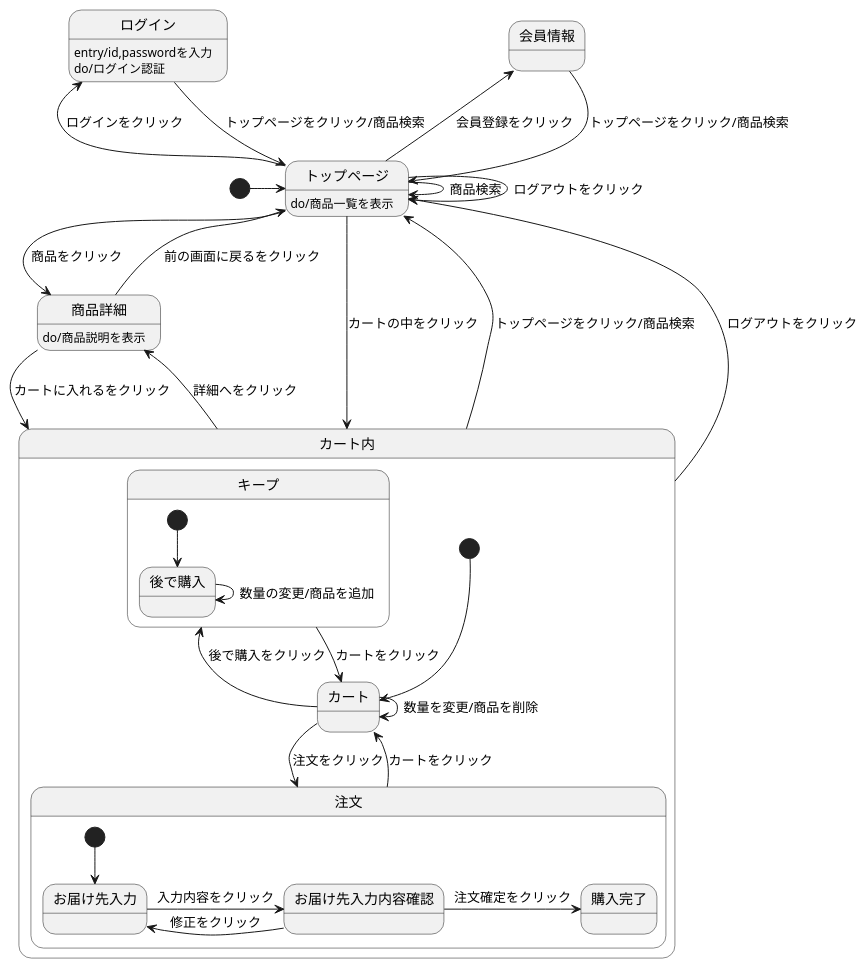
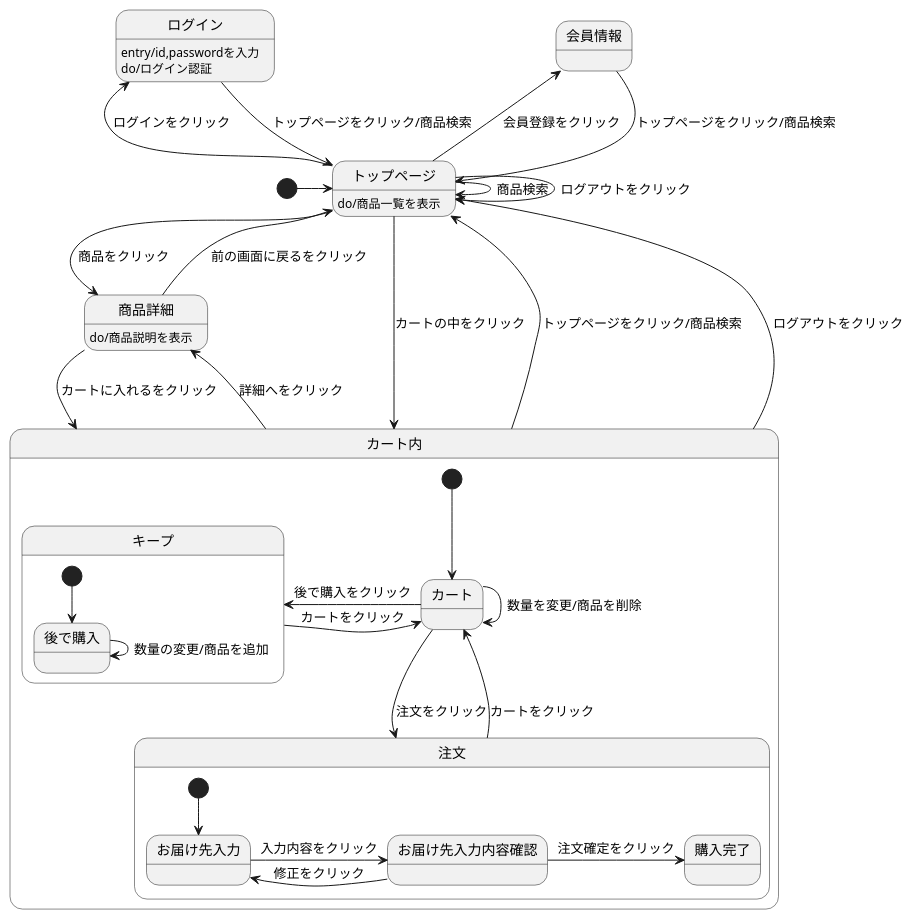
The diagram in origamen.md (Aso2101121/2021sys-design), drawn with PlantUML before and after one commit.

````diff
--- a/origamen.md
+++ b/origamen.md
@@ -1,40 +1,40 @@
 ```uml
 @startuml
 [*] -> トップページ
 会員情報 --> トップページ : トップページをクリック/商品検索
 ログイン --> トップページ : トップページをクリック/商品検索
 ログイン:entry/id,passwordを入力
 ログイン:do/ログイン認証
 トップページ --> トップページ : ログアウトをクリック
 トップページ -> トップページ : 商品検索
 トップページ -> 商品詳細 : 商品をクリック
 トップページ -left->会員情報 : 会員登録をクリック
 トップページ -left-> ログイン : ログインをクリック
 トップページ --> カート内 : カートの中をクリック
 トップページ:do/商品一覧を表示
 商品詳細 --> カート内 : カートに入れるをクリック
 商品詳細 --> トップページ : 前の画面に戻るをクリック
 商品詳細:do/商品説明を表示
 カート内 -up-> トップページ : トップページをクリック/商品検索
 カート内 -up-> トップページ : ログアウトをクリック
 カート内 -> 商品詳細 : 詳細へをクリック
 
 state カート内 {
 [*] --> カート
 カート -> 注文 : 注文をクリック
 カート -left-> キープ : 後で購入をクリック
-キープ --> カート : カートをクリック
+キープ -> カート : カートをクリック
 カート -> カート : 数量を変更/商品を削除
 注文 --> カート : カートをクリック
 state 注文 {
 [*] --> お届け先入力
 お届け先入力 -> お届け先入力内容確認 : 入力内容をクリック
 お届け先入力内容確認 -> お届け先入力 : 修正をクリック
 お届け先入力内容確認 -> 購入完了 : 注文確定をクリック
 }
 state キープ {
 [*] --> 後で購入
 後で購入 -> 後で購入 : 数量の変更/商品を追加
 }
 @enduml
 ```
````
